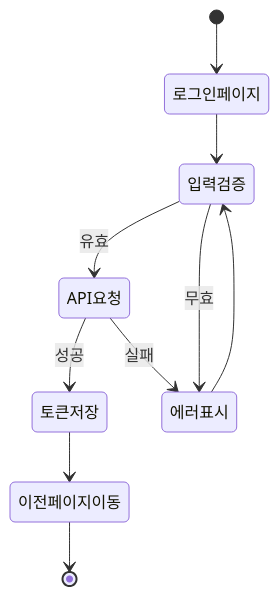
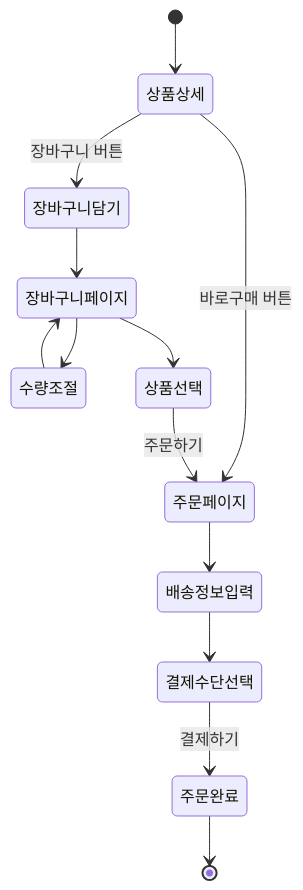
One commit to Open-Learn-Team/open-market changed the tenth of 11 diagrams in README.md. Above: the diagram before and after it, drawn with Mermaid. The commit also changed other lines of this file and 19 other files, not shown here.

````diff
--- a/README.md
+++ b/README.md
@@ -516,12 +662,17 @@
 ```mermaid
 stateDiagram-v2
-    [*] --> 로그인페이지
-    로그인페이지 --> 입력검증
-    입력검증 --> API요청: 유효
-    입력검증 --> 에러표시: 무효
-    에러표시 --> 입력검증
-    API요청 --> 토큰저장: 성공
-    API요청 --> 에러표시: 실패
-    토큰저장 --> 이전페이지이동
-    이전페이지이동 --> [*]
+    [*] --> 상품상세
+    상품상세 --> 장바구니담기: 장바구니 버튼
+    상품상세 --> 주문페이지: 바로구매 버튼
+
+    장바구니담기 --> 장바구니페이지
+    장바구니페이지 --> 수량조절
+    수량조절 --> 장바구니페이지
+    장바구니페이지 --> 상품선택
+    상품선택 --> 주문페이지: 주문하기
+
+    주문페이지 --> 배송정보입력
+    배송정보입력 --> 결제수단선택
+    결제수단선택 --> 주문완료: 결제하기
+    주문완료 --> [*]
 ```
````
